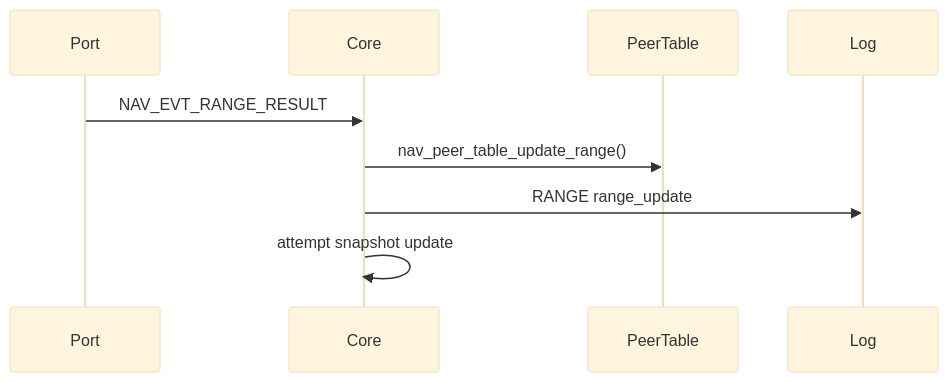
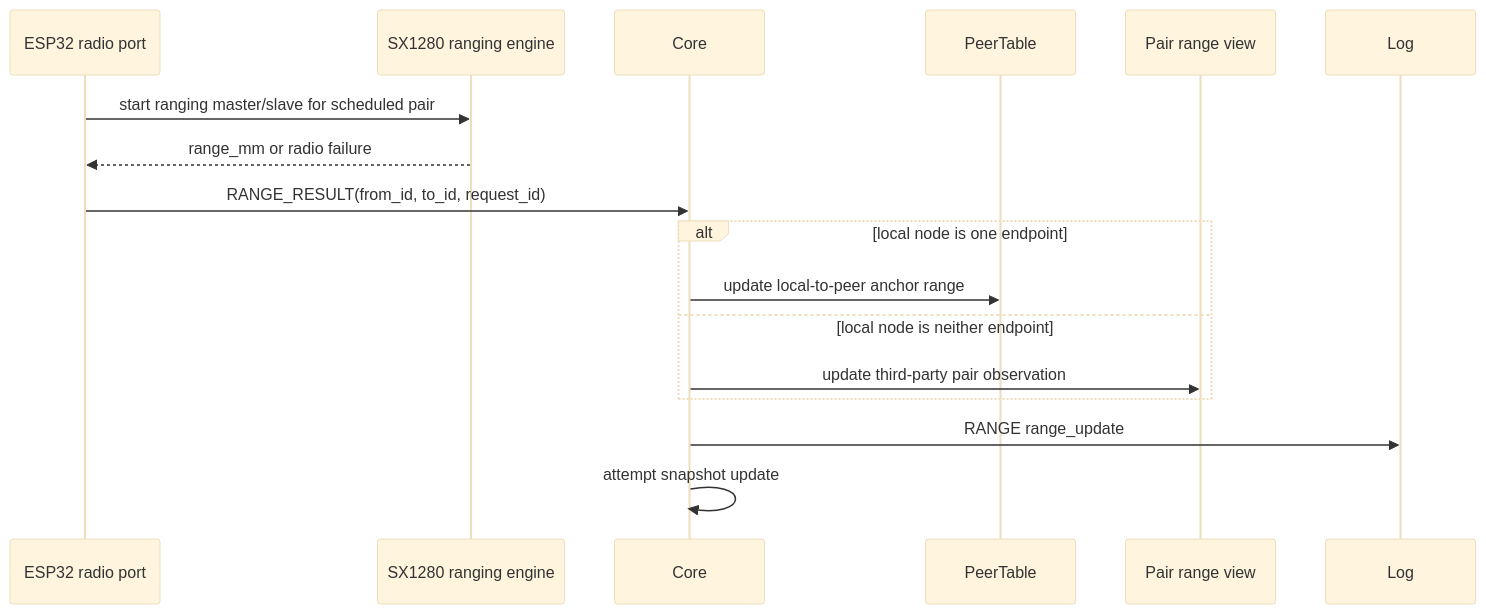
Before and after one commit to Zelefin/mcu-nav: the third of 9 diagrams in docs/data_flow.md, drawn with Mermaid (base theme). The commit also changed other lines of this file and 16 other files, not shown here.

Commit message:
docs: actualize ESP32 ranging documentation

````diff
--- a/docs/data_flow.md
+++ b/docs/data_flow.md
@@ -44,12 +51,20 @@
 ```mermaid
 sequenceDiagram
-    participant Port
+    participant Port as ESP32 radio port
+    participant SX as SX1280 ranging engine
     participant Core
     participant PeerTable
+    participant PairRanges as Pair range view
     participant Log
 
-    Port->>Core: NAV_EVT_RANGE_RESULT
-    Core->>PeerTable: nav_peer_table_update_range()
+    Port->>SX: start ranging master/slave for scheduled pair
+    SX-->>Port: range_mm or radio failure
+    Port->>Core: RANGE_RESULT(from_id, to_id, request_id)
+    alt local node is one endpoint
+        Core->>PeerTable: update local-to-peer anchor range
+    else local node is neither endpoint
+        Core->>PairRanges: update third-party pair observation
+    end
     Core->>Log: RANGE range_update
     Core->>Core: attempt snapshot update
 ```
````
